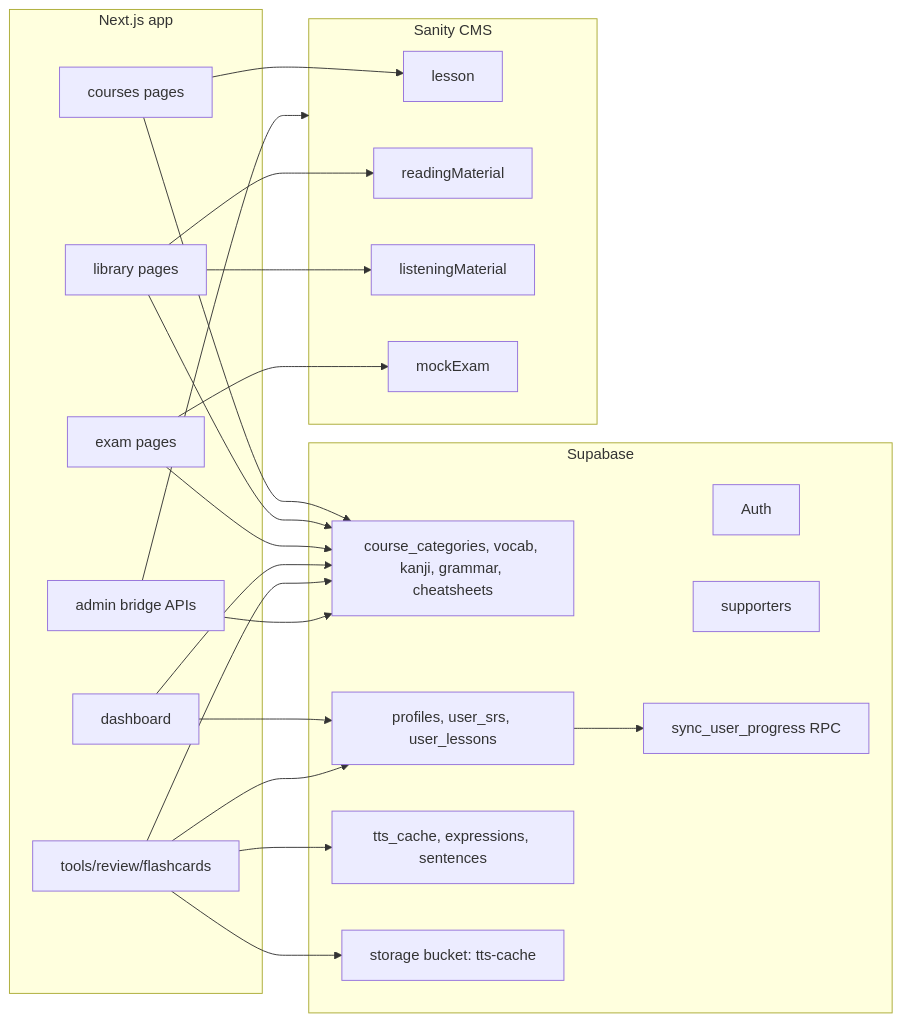
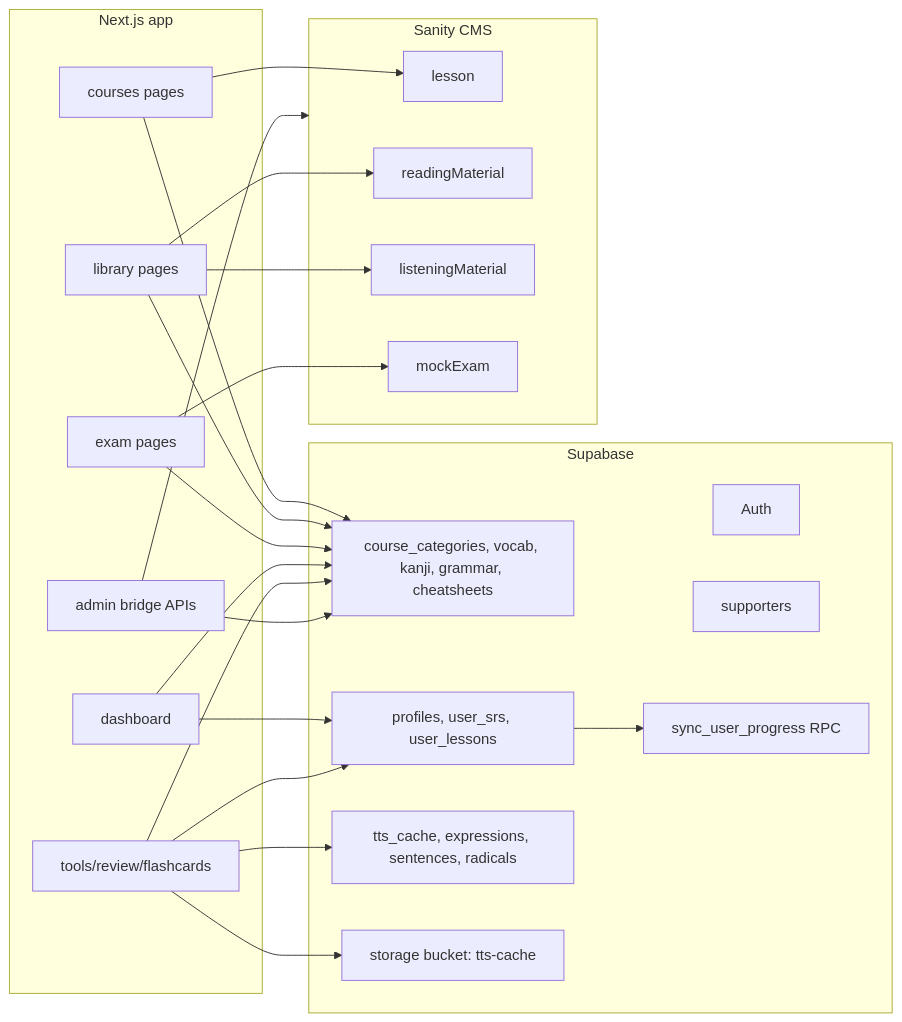
Before and after one commit to zan-118/nihongoroute: the third of 12 diagrams in architecture_visual.md, drawn with Mermaid. The commit also changed other lines of this file and 8 other files, not shown here.

Commit message:
feat: sync live database schema with migration files and update architecture documentation

````diff
--- a/architecture_visual.md
+++ b/architecture_visual.md
@@ -68,45 +68,45 @@
 ```mermaid
 flowchart LR
   subgraph Supabase["Supabase"]
     Auth["Auth"]
     PublicTables["course_categories, vocab, kanji, grammar, cheatsheets"]
     UserTables["profiles, user_srs, user_lessons"]
     Supporters["supporters"]
-    OpsTables["tts_cache, expressions, sentences"]
+    OpsTables["tts_cache, expressions, sentences, radicals"]
     Storage["storage bucket: tts-cache"]
     RPC["sync_user_progress RPC"]
   end
 
   subgraph Sanity["Sanity CMS"]
     Lesson["lesson"]
     Reading["readingMaterial"]
     Listening["listeningMaterial"]
     MockExam["mockExam"]
   end
 
   subgraph NextApp["Next.js app"]
     Courses["courses pages"]
     Library["library pages"]
     Exams["exam pages"]
     Dashboard["dashboard"]
     Tools["tools/review/flashcards"]
     StudioBridge["admin bridge APIs"]
   end
 
   Courses --> PublicTables
   Courses --> Lesson
   Library --> PublicTables
   Library --> Reading
   Library --> Listening
   Exams --> MockExam
   Exams --> PublicTables
   Dashboard --> UserTables
   Dashboard --> PublicTables
   Tools --> PublicTables
   Tools --> UserTables
   Tools --> Storage
   Tools --> OpsTables
   StudioBridge --> PublicTables
   StudioBridge --> Sanity
   UserTables --> RPC
 ```
````
